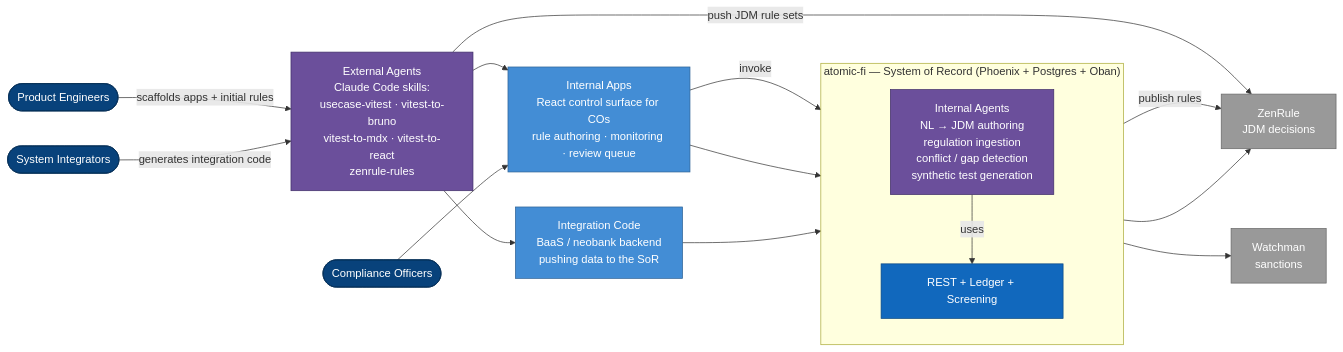
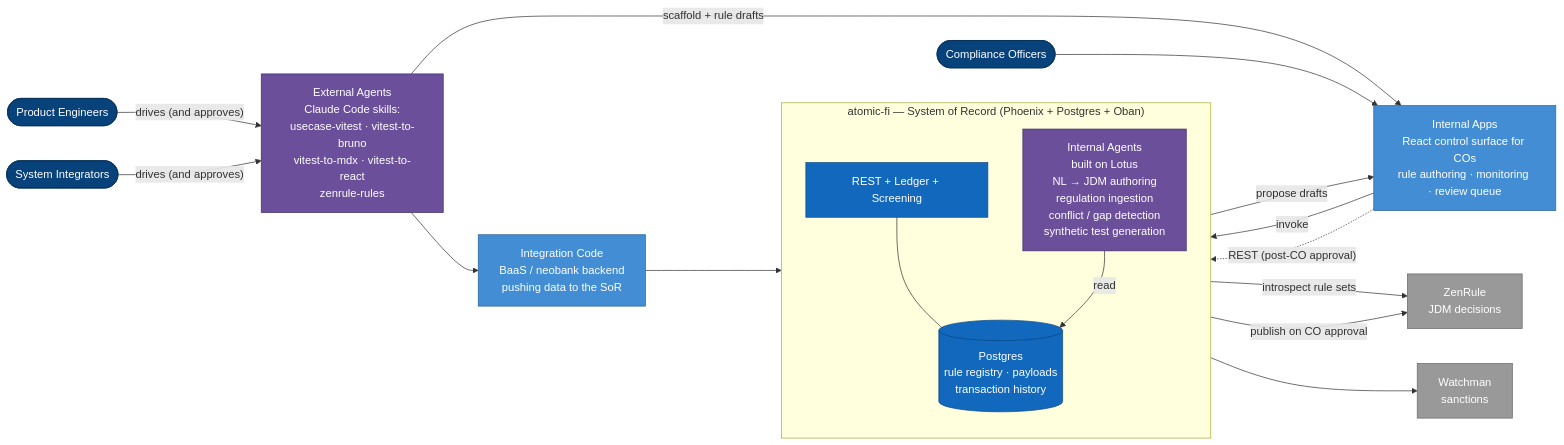
Before and after one commit to alvera-ai/atomic-fi: the first of 2 diagrams in guides/architecture.md, drawn with Mermaid. The commit also changed other lines of this file and 7 other files, not shown here.

````diff
--- a/guides/architecture.md
+++ b/guides/architecture.md
@@ -29,43 +38,46 @@
 ```mermaid
 flowchart LR
     classDef human fill:#08427b,stroke:#052e56,color:#fff
     classDef agent fill:#6b4f9b,stroke:#3f2d67,color:#fff
     classDef artifact fill:#438dd5,stroke:#2e6295,color:#fff
     classDef sor fill:#1168bd,stroke:#0b4884,color:#fff
     classDef external fill:#999,stroke:#666,color:#fff
 
     co([Compliance Officers]):::human
     pe([Product Engineers]):::human
     si([System Integrators]):::human
 
     ext_agents[External Agents<br/>Claude Code skills:<br/>usecase-vitest · vitest-to-bruno<br/>vitest-to-mdx · vitest-to-react<br/>zenrule-rules]:::agent
 
     apps[Internal Apps<br/>React control surface for COs<br/>rule authoring · monitoring · review queue]:::artifact
     intcode[Integration Code<br/>BaaS / neobank backend<br/>pushing data to the SoR]:::artifact
 
     subgraph sor_box ["atomic-fi — System of Record (Phoenix + Postgres + Oban)"]
         direction TB
         sor_core[REST + Ledger + Screening]:::sor
-        int_agents[Internal Agents<br/>NL → JDM authoring<br/>regulation ingestion<br/>conflict / gap detection<br/>synthetic test generation]:::agent
-        int_agents -- "uses" --> sor_core
+        db[(Postgres<br/>rule registry · payloads<br/>transaction history)]:::sor
+        int_agents[Internal Agents<br/>built on Lotus<br/>NL → JDM authoring<br/>regulation ingestion<br/>conflict / gap detection<br/>synthetic test generation]:::agent
+        sor_core --- db
+        int_agents -- "read" --> db
     end
 
     watchman[Watchman<br/>sanctions]:::external
     zenrule[ZenRule<br/>JDM decisions]:::external
 
-    pe -- "scaffolds apps + initial rules" --> ext_agents
-    si -- "generates integration code" --> ext_agents
+    pe -- "drives (and approves)" --> ext_agents
+    si -- "drives (and approves)" --> ext_agents
 
-    ext_agents --> apps
+    ext_agents -- "scaffold + rule drafts" --> apps
     ext_agents --> intcode
-    ext_agents -- "push JDM rule sets" --> zenrule
 
     co --> apps
     apps -- "invoke" --> int_agents
-    apps --> sor_core
+    int_agents -- "propose drafts" --> apps
+    int_agents -- "introspect rule sets" --> zenrule
+
+    apps    -. "REST (post-CO approval)" .-> sor_core
     intcode --> sor_core
 
-    int_agents -- "publish rules" --> zenrule
+    sor_core -- "publish on CO approval" --> zenrule
     sor_core --> watchman
-    sor_core --> zenrule
 ```
````
